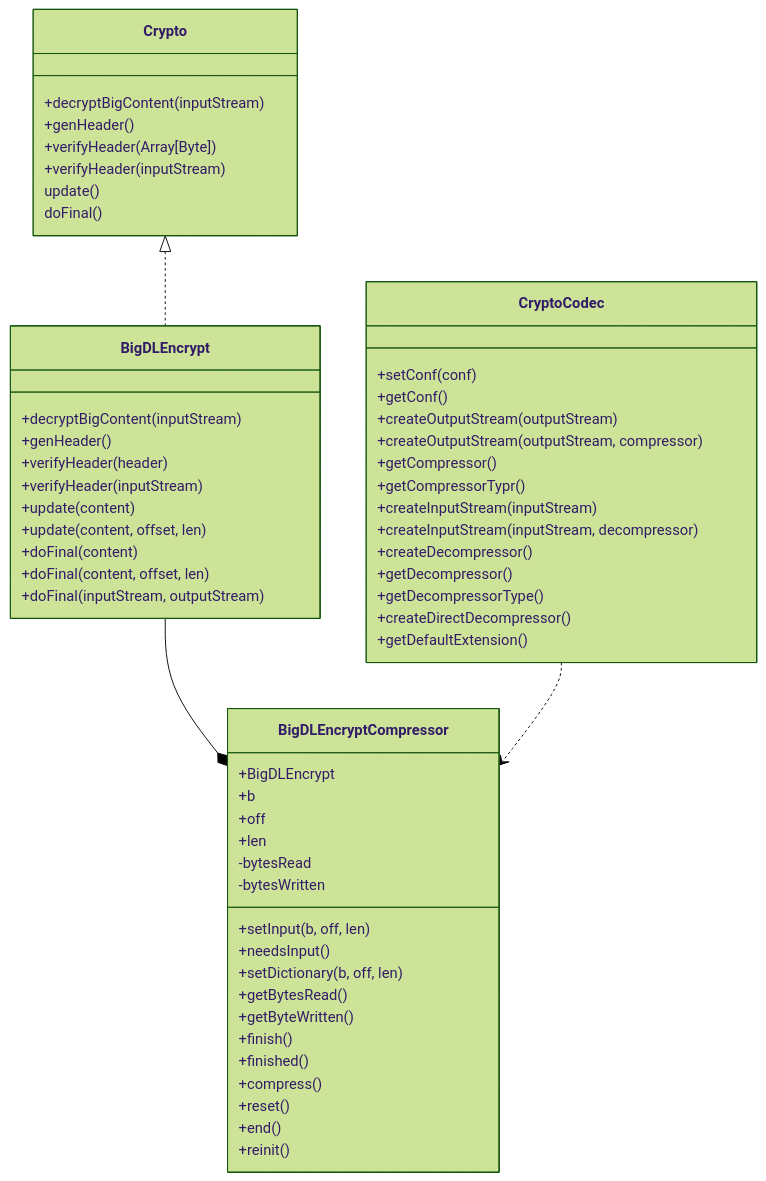
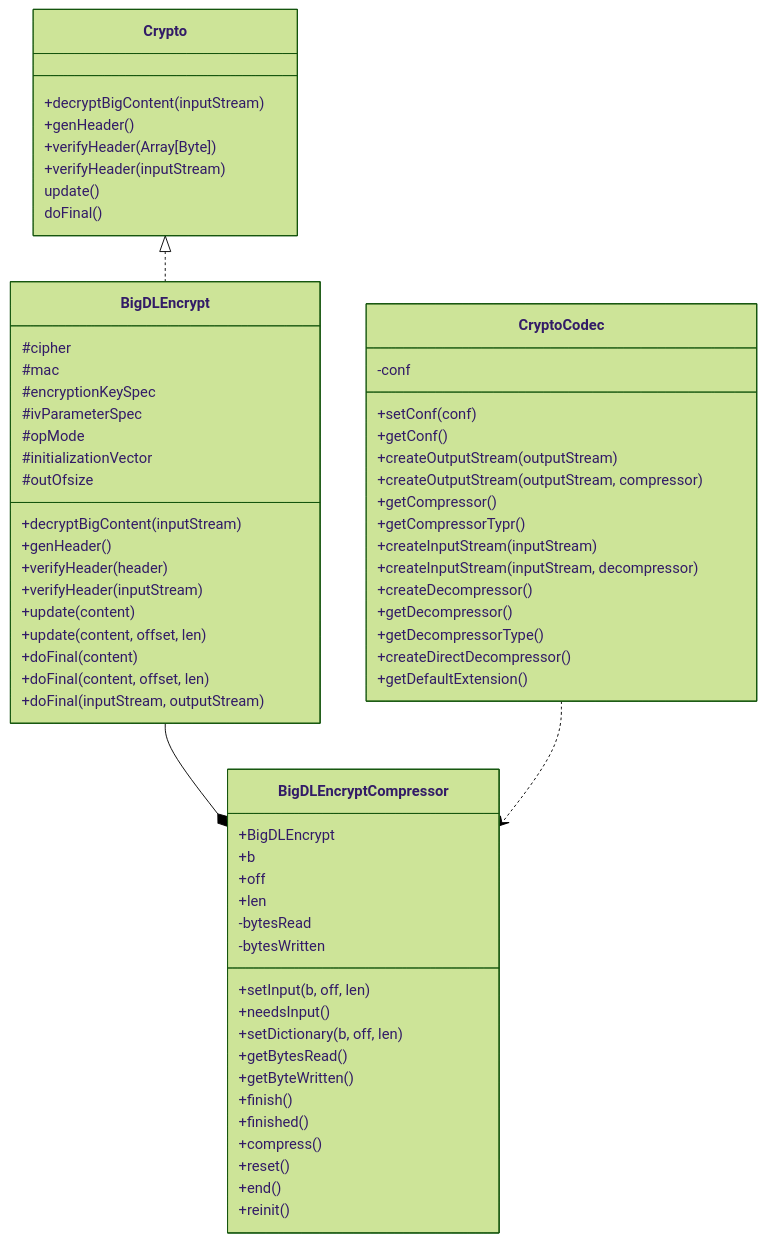
One commit to intel-analytics/ipex-llm changed the diagram in scala/ppml/src/main/scala/com/intel/analytics/bigdl/ppml/crypto/README.md. Above: the diagram before and after it, drawn with Mermaid (forest theme).

````diff
--- a/scala/ppml/src/main/scala/com/intel/analytics/bigdl/ppml/crypto/README.md
+++ b/scala/ppml/src/main/scala/com/intel/analytics/bigdl/ppml/crypto/README.md
@@ -1,59 +1,67 @@
 ```mermaid
 classDiagram
 
     Crypto <|.. BigDLEncrypt
     Crypto: +decryptBigContent(inputStream)
     Crypto: +genHeader()
     Crypto: +verifyHeader(Array[Byte])
     Crypto: +verifyHeader(inputStream)
     Crypto: update()
     Crypto: doFinal()
 
     BigDLEncrypt --* BigDLEncryptCompressor
+    BigDLEncrypt: #cipher
+    BigDLEncrypt: #mac
+    BigDLEncrypt: #encryptionKeySpec
+    BigDLEncrypt: #ivParameterSpec
+    BigDLEncrypt: #opMode
+    BigDLEncrypt: #initializationVector
+    BigDLEncrypt: #outOfsize
     BigDLEncrypt: +decryptBigContent(inputStream)
     BigDLEncrypt: +genHeader()
     BigDLEncrypt: +verifyHeader(header)
     BigDLEncrypt: +verifyHeader(inputStream)
     BigDLEncrypt: +update(content)
     BigDLEncrypt: +update(content, offset, len)
     BigDLEncrypt: +doFinal(content)
     BigDLEncrypt: +doFinal(content, offset, len)
     BigDLEncrypt: +doFinal(inputStream, outputStream)
 
 
     CryptoCodec ..> BigDLEncryptCompressor
+    CryptoCodec: -conf
     CryptoCodec: +setConf(conf)
     CryptoCodec: +getConf()
     CryptoCodec: +createOutputStream(outputStream)
     CryptoCodec: +createOutputStream(outputStream, compressor)
     CryptoCodec: +getCompressor()
     CryptoCodec: +getCompressorTypr()
     CryptoCodec: +createInputStream(inputStream)
     CryptoCodec: +createInputStream(inputStream, decompressor)
     CryptoCodec: +createDecompressor()
     CryptoCodec: +getDecompressor()
     CryptoCodec: +getDecompressorType()
     CryptoCodec: +createDirectDecompressor()
     CryptoCodec: +getDefaultExtension()
 
     BigDLEncryptCompressor: +BigDLEncrypt
     BigDLEncryptCompressor: +b
     BigDLEncryptCompressor: +off
     BigDLEncryptCompressor: +len
     BigDLEncryptCompressor: -bytesRead
     BigDLEncryptCompressor: -bytesWritten
     BigDLEncryptCompressor: +setInput(b, off, len)
     BigDLEncryptCompressor: +needsInput()
     BigDLEncryptCompressor: +setDictionary(b, off, len)
     BigDLEncryptCompressor: +getBytesRead()
     BigDLEncryptCompressor: +getByteWritten()
     BigDLEncryptCompressor: +finish()
     BigDLEncryptCompressor: +finished()
     BigDLEncryptCompressor: +compress()
     BigDLEncryptCompressor: +reset()
     BigDLEncryptCompressor: +end()
     BigDLEncryptCompressor: +reinit()
 
 
 
 ```
````
